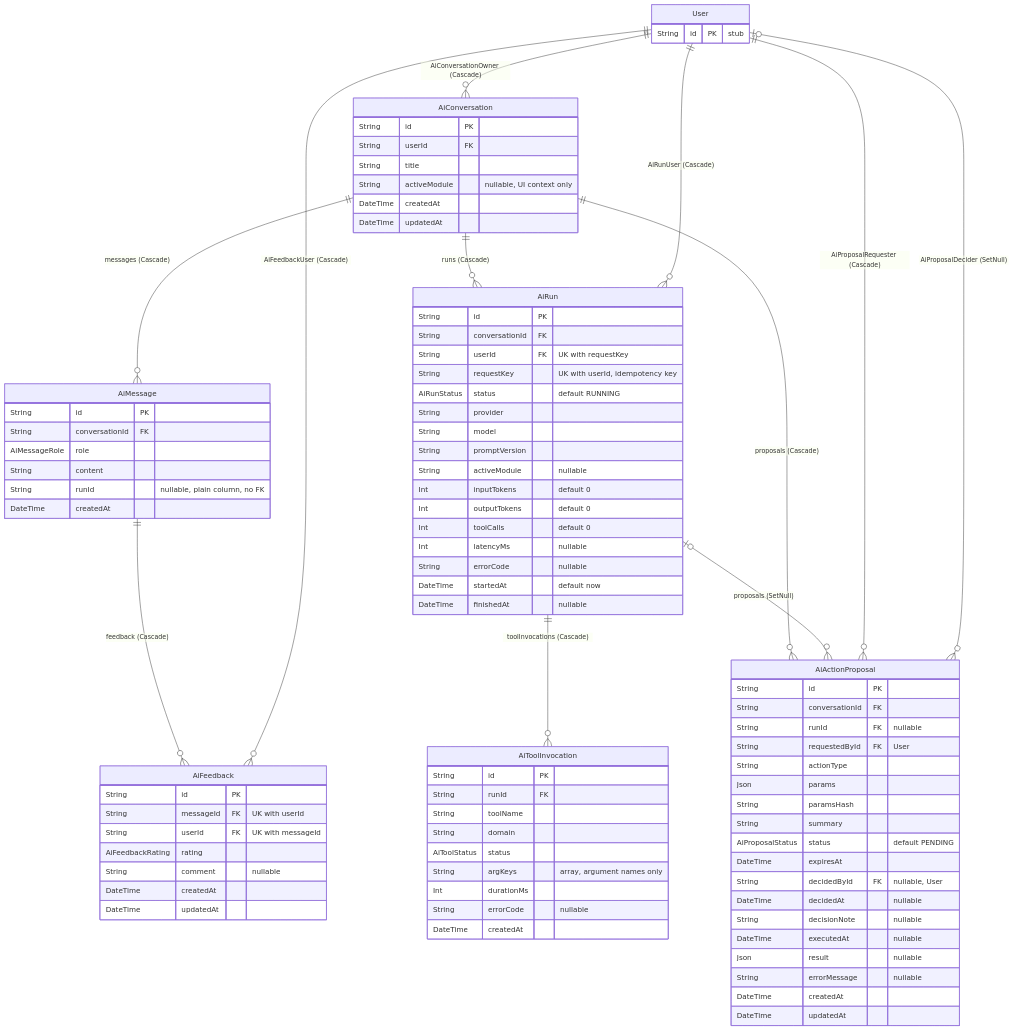
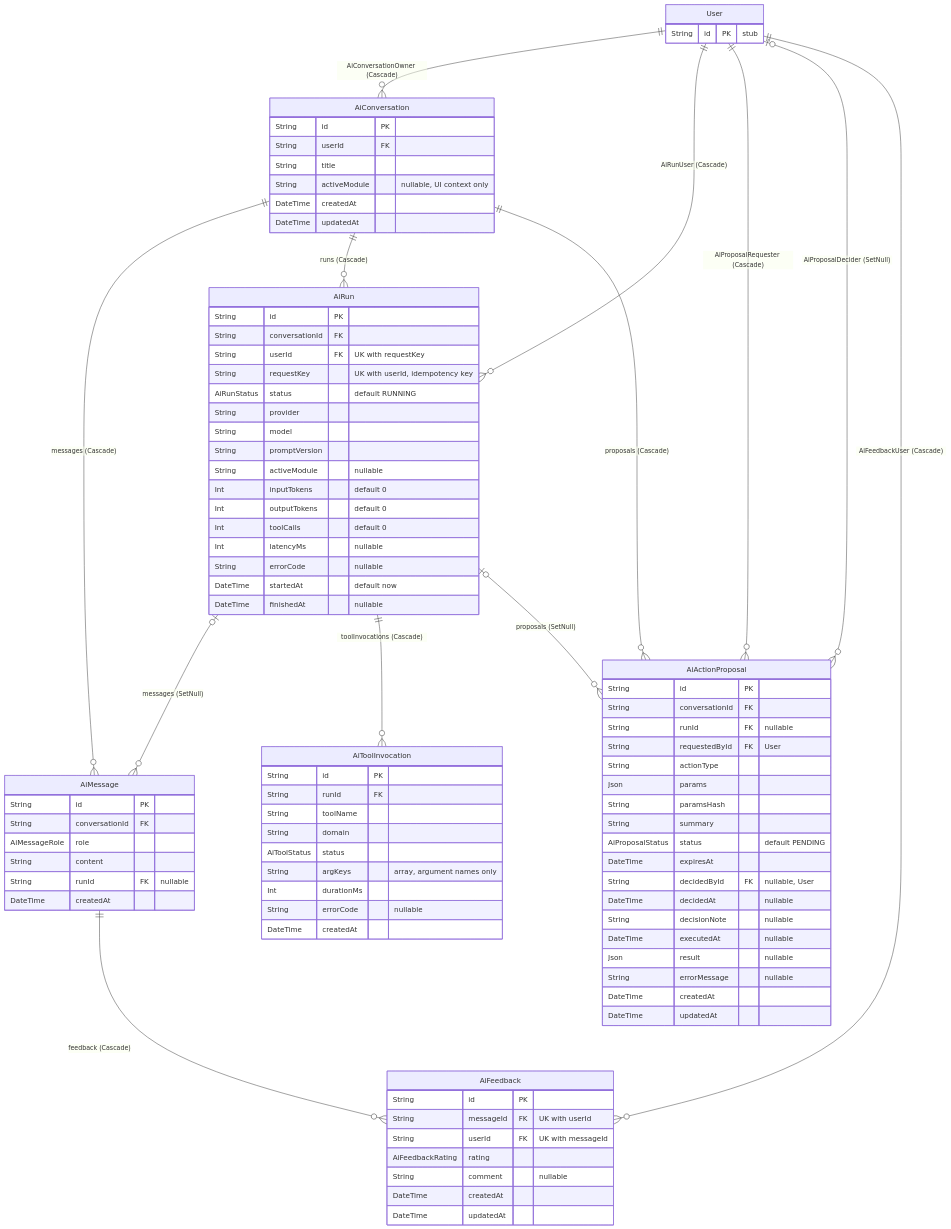
Diagram 21 of 38 in backend/api/ARCHITECTURE.md (muhammadhamd56-cloud/hospital-management-system), drawn with Mermaid before and after one commit. The commit also changed other lines of this file and 13 other files, not shown here.

First line of the commit message:
docs: document the Ollama-based Admin AI and correct stale architecture gaps

```diff
--- a/backend/api/ARCHITECTURE.md
+++ b/backend/api/ARCHITECTURE.md
@@ -1415,7 +1411,7 @@
         String conversationId FK
         AiMessageRole role
         String content
-        String runId "nullable, plain column, no FK"
+        String runId FK "nullable"
         DateTime createdAt
     }
     AiRun {
@@ -1481,6 +1477,7 @@
     }
     User ||--o{ AiConversation : "AiConversationOwner (Cascade)"
     AiConversation ||--o{ AiMessage : "messages (Cascade)"
+    AiRun |o--o{ AiMessage : "messages (SetNull)"
     AiConversation ||--o{ AiRun : "runs (Cascade)"
     User ||--o{ AiRun : "AiRunUser (Cascade)"
     AiRun ||--o{ AiToolInvocation : "toolInvocations (Cascade)"
```
